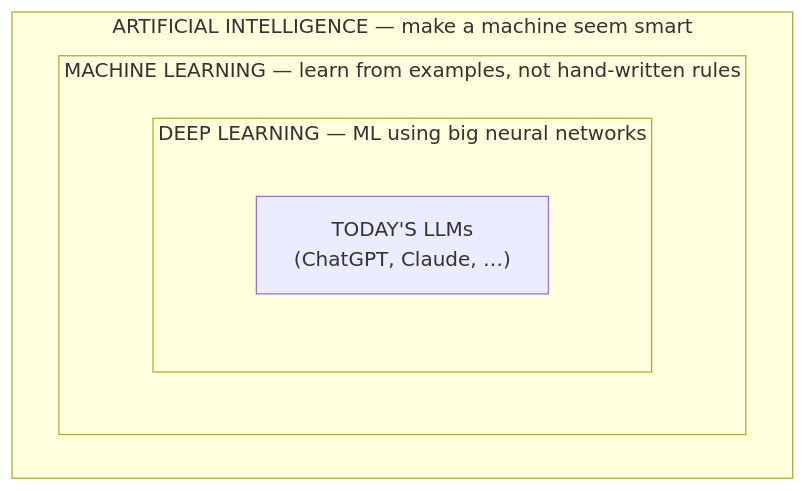
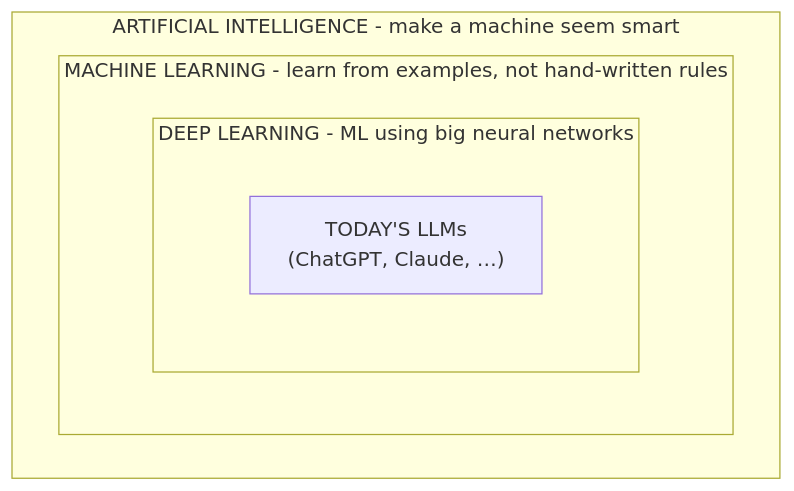
One commit to Topurrra/themissingmanual changed the diagram in guides/ai-ml/what-ai-and-ml-are/01-the-nested-circles.md. Above: the diagram before and after it, drawn with Mermaid. The commit also changed other lines of this file and 1009 other files, not shown here.

````diff
--- a/guides/ai-ml/what-ai-and-ml-are/01-the-nested-circles.md
+++ b/guides/ai-ml/what-ai-and-ml-are/01-the-nested-circles.md
@@ -20,10 +20,10 @@
 ```mermaid
 flowchart TD
-  subgraph AI["ARTIFICIAL INTELLIGENCE — make a machine seem smart"]
-    subgraph ML["MACHINE LEARNING — learn from examples, not hand-written rules"]
-      subgraph DL["DEEP LEARNING — ML using big neural networks"]
+  subgraph AI["ARTIFICIAL INTELLIGENCE - make a machine seem smart"]
+    subgraph ML["MACHINE LEARNING - learn from examples, not hand-written rules"]
+      subgraph DL["DEEP LEARNING - ML using big neural networks"]
         LLM["TODAY'S LLMs<br/>(ChatGPT, Claude, …)"]
       end
     end
   end
 ```
````
